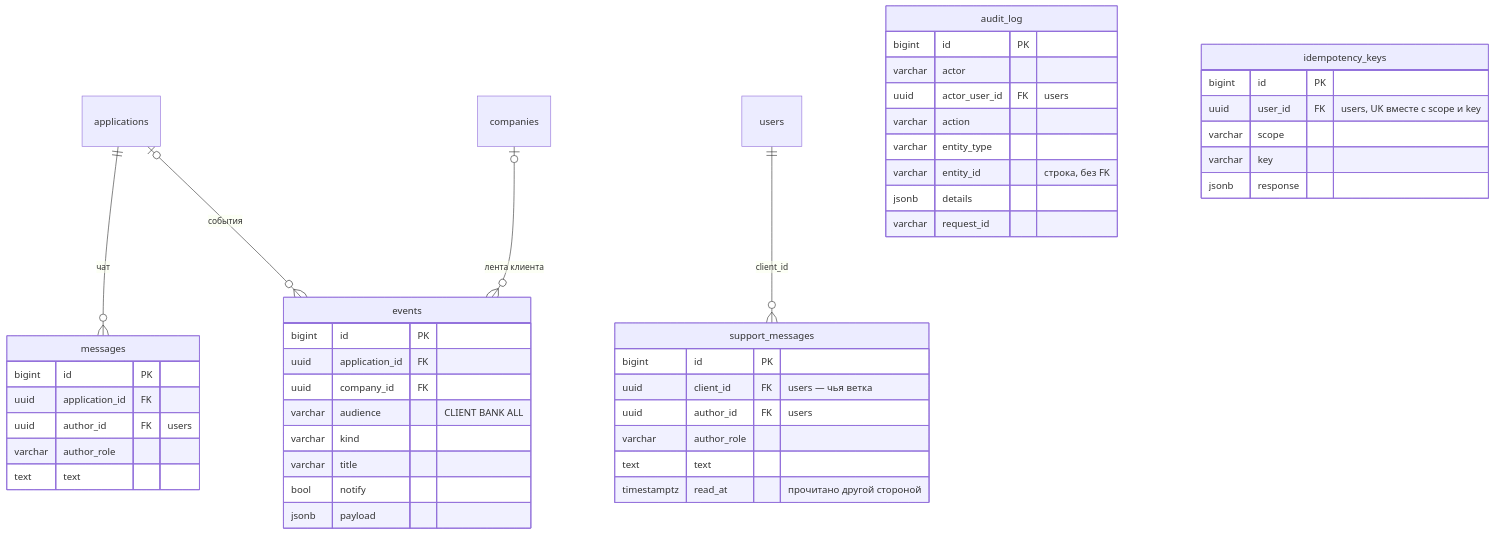
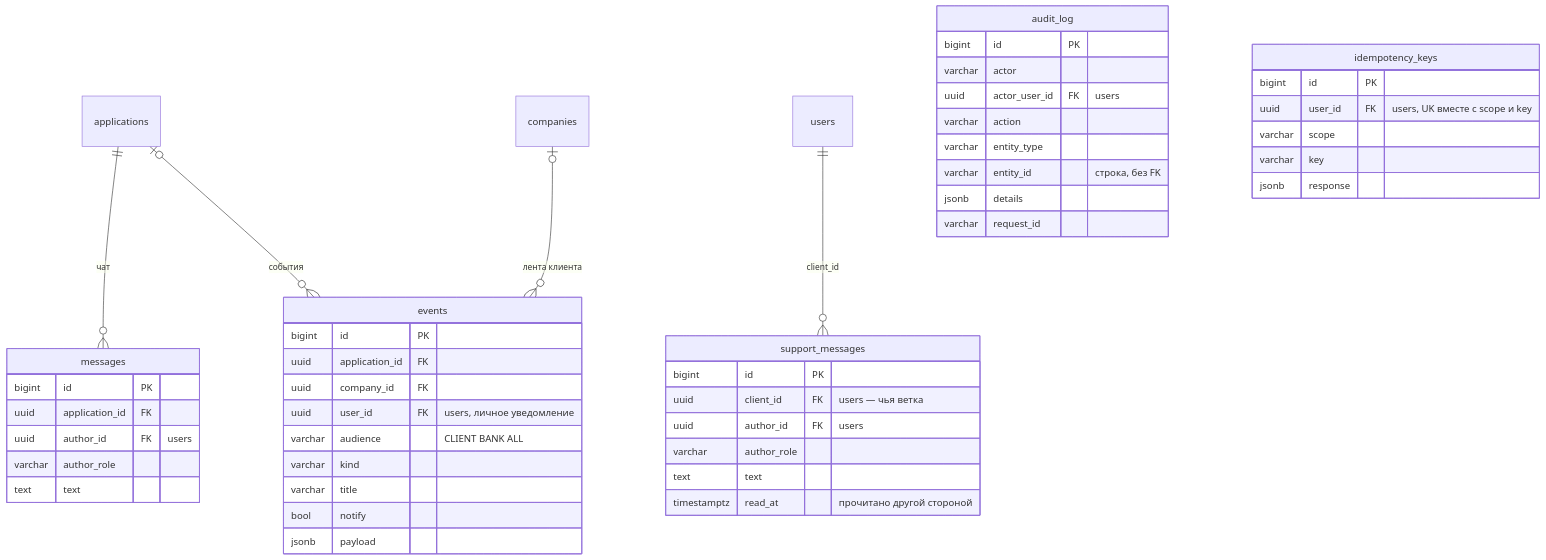
One commit to BreezeAreaSay/alfa-hakaton changed the fifth of 6 diagrams in docs/data-model.md. Above: the diagram before and after it, drawn with Mermaid. The commit also changed other lines of this file and 44 other files, not shown here.

````diff
--- a/docs/data-model.md
+++ b/docs/data-model.md
@@ -286,49 +286,50 @@
 ```mermaid
 erDiagram
     applications ||--o{ messages : "чат"
     users ||--o{ support_messages : "client_id"
     applications |o--o{ events : "события"
     companies |o--o{ events : "лента клиента"
     messages {
         bigint id PK
         uuid application_id FK
         uuid author_id FK "users"
         varchar author_role
         text text
     }
     support_messages {
         bigint id PK
         uuid client_id FK "users — чья ветка"
         uuid author_id FK "users"
         varchar author_role
         text text
         timestamptz read_at "прочитано другой стороной"
     }
     events {
         bigint id PK
         uuid application_id FK
         uuid company_id FK
+        uuid user_id FK "users, личное уведомление"
         varchar audience "CLIENT BANK ALL"
         varchar kind
         varchar title
         bool notify
         jsonb payload
     }
     audit_log {
         bigint id PK
         varchar actor
         uuid actor_user_id FK "users"
         varchar action
         varchar entity_type
         varchar entity_id "строка, без FK"
         jsonb details
         varchar request_id
     }
     idempotency_keys {
         bigint id PK
         uuid user_id FK "users, UK вместе с scope и key"
         varchar scope
         varchar key
         jsonb response
     }
 ```
````
